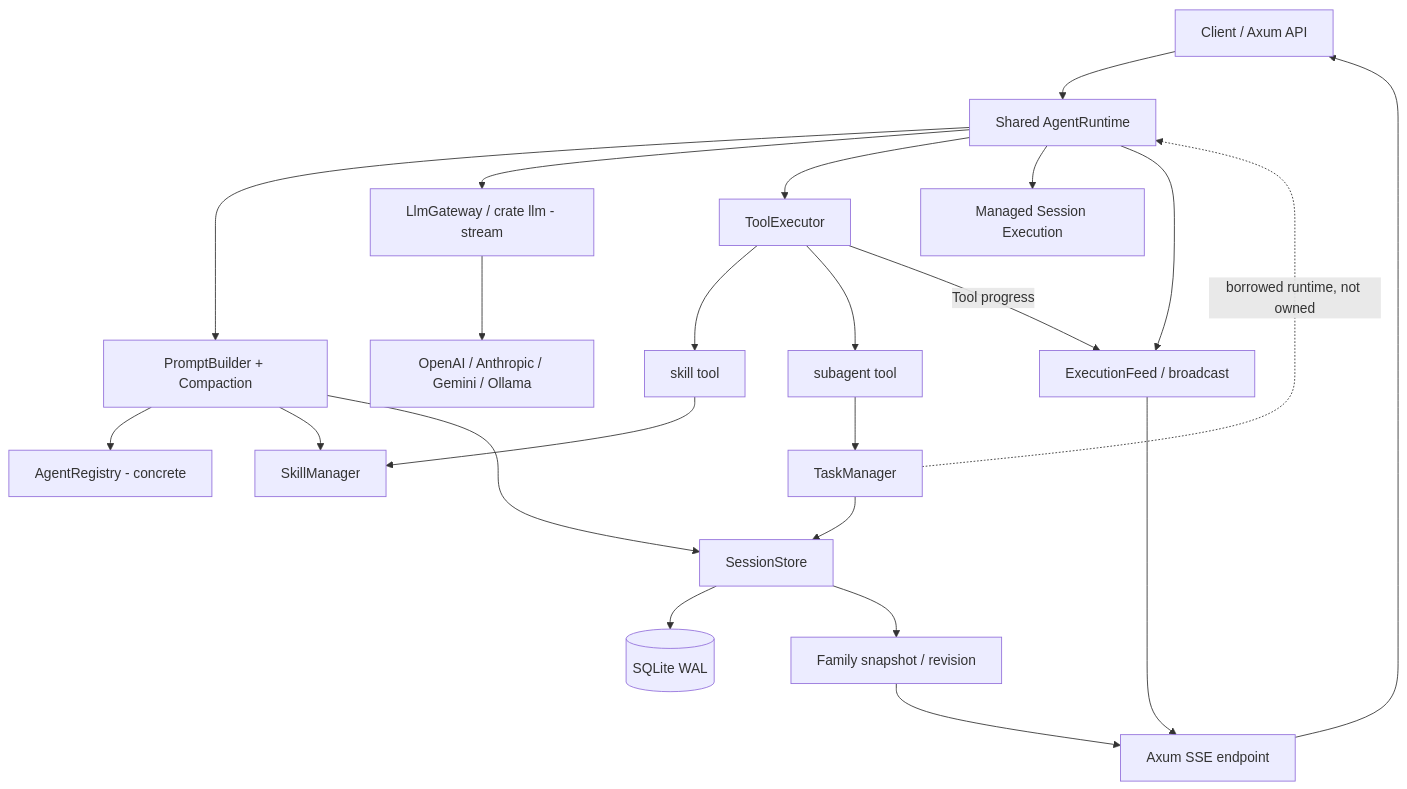
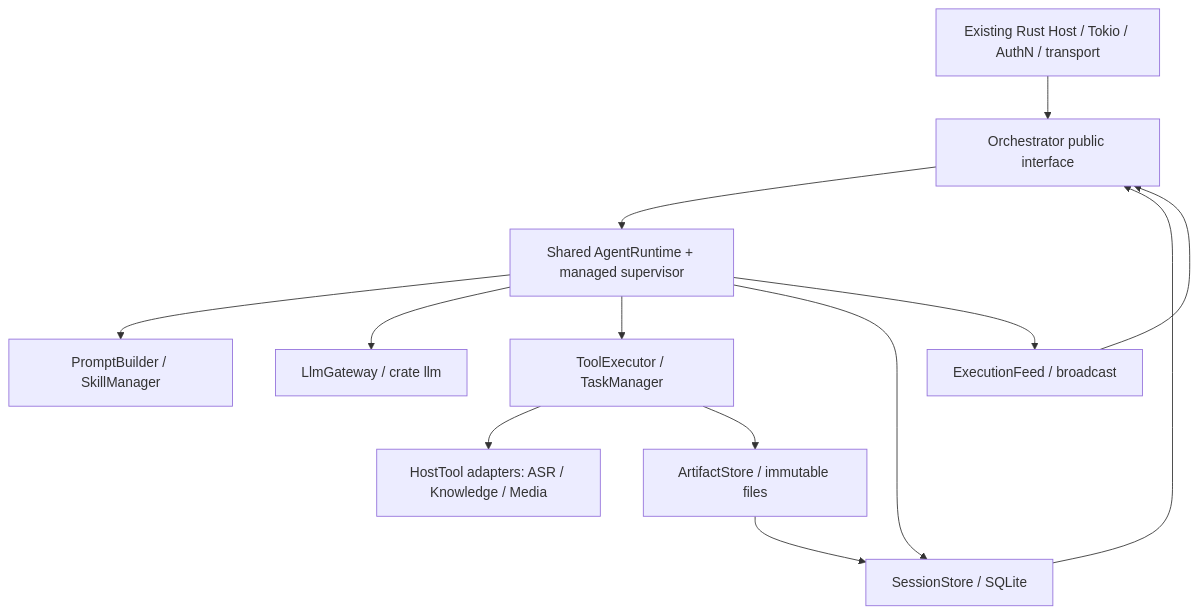
One commit to hailp-vn38/orchestrator_agent_rs changed the diagram in docs/01-architecture.md. Above: the diagram before and after it, drawn with Mermaid. The commit also changed other lines of this file and 23 other files, not shown here.

````diff
--- a/docs/01-architecture.md
+++ b/docs/01-architecture.md
@@ -5,25 +5,15 @@
 ```mermaid
 flowchart TB
-    U[Client / Axum API] --> AR[Shared AgentRuntime]
-    AR --> PB[PromptBuilder + Compaction]
-    PB --> A[AgentRegistry - concrete]
-    PB --> SK[SkillManager]
-    PB --> S[SessionStore]
-    AR --> LL[LlmGateway / crate llm - stream]
-    LL --> P[OpenAI / Anthropic / Gemini / Ollama]
-    AR --> TX[ToolExecutor]
-    AR --> EX[Managed Session Execution]
-    TX --> ST[skill tool]
-    ST --> SK
-    TX --> DT[subagent tool]
-    DT --> TM[TaskManager]
-    TM --> S
-    TM -. borrowed runtime, not owned .-> AR
-    S --> DB[(SQLite WAL)]
-    AR --> EV[ExecutionFeed / broadcast]
-    TX -->|Tool progress| EV
-    EV --> SSE[Axum SSE endpoint]
-    S --> SNAP[Family snapshot / revision]
-    SNAP --> SSE
-    SSE --> U
+    H[Existing Rust Host / Tokio / AuthN / transport] --> O[Orchestrator public interface]
+    O --> R[Shared AgentRuntime + managed supervisor]
+    R --> P[PromptBuilder / SkillManager]
+    R --> L[LlmGateway / crate llm]
+    R --> T[ToolExecutor / TaskManager]
+    T --> HT[HostTool adapters: ASR / Knowledge / Media]
+    R --> S[SessionStore / SQLite]
+    T --> A[ArtifactStore / immutable files]
+    A --> S
+    R --> E[ExecutionFeed / broadcast]
+    E --> O
+    S --> O
 ```
````
